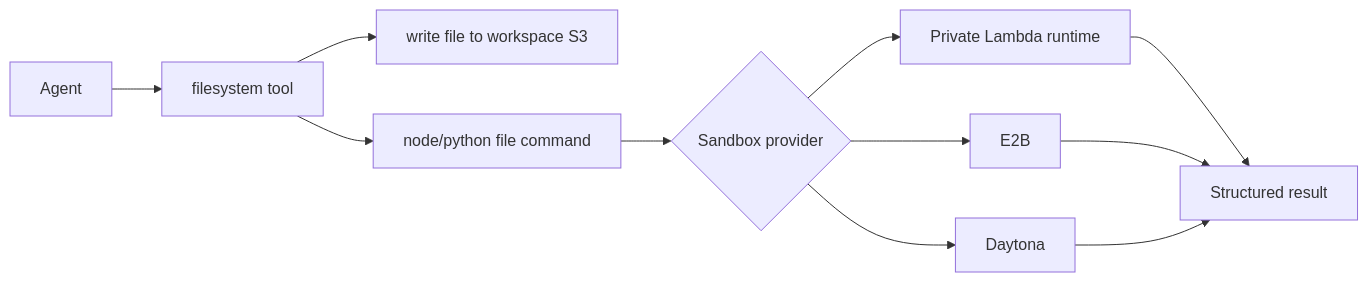
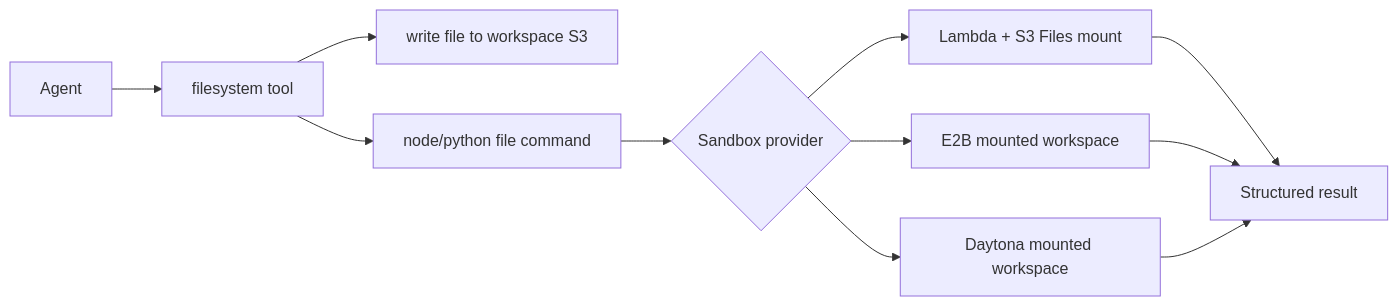
One commit to beeblastco/broods changed the diagram in docs/sandbox.md. Above: the diagram before and after it, drawn with Mermaid. The commit also changed other lines of this file and 19 other files, not shown here.

First line of the commit message:
feat: native mounted workspace filesystem for sandbox execution

````diff
--- a/docs/sandbox.md
+++ b/docs/sandbox.md
@@ -5,13 +5,13 @@
 ```mermaid
 flowchart LR
   A[Agent] --> B[filesystem tool]
   B --> C[write file to workspace S3]
   B --> D[node/python file command]
   D --> E{Sandbox provider}
-  E --> F[Private Lambda runtime]
-  E --> G[E2B]
-  E --> H[Daytona]
+  E --> F[Lambda + S3 Files mount]
+  E --> G[E2B mounted workspace]
+  E --> H[Daytona mounted workspace]
   F --> I[Structured result]
   G --> I
   H --> I
 ```
````
